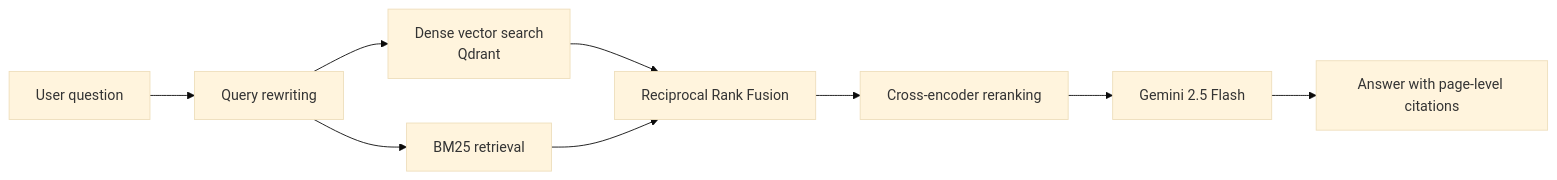
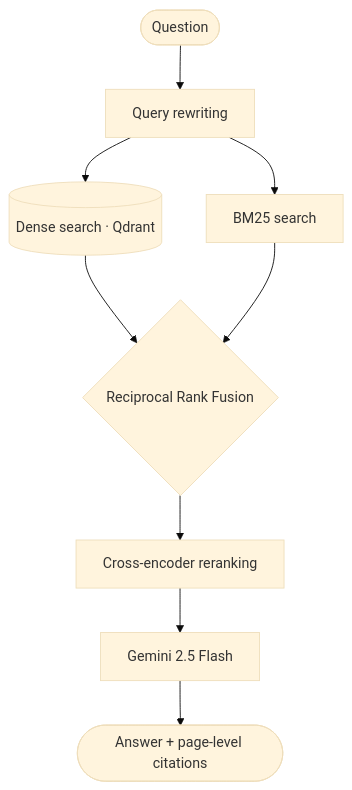
One commit to Piyush21-03/Piyush21-03 changed the diagram in README.md. Above: the diagram before and after it, drawn with Mermaid (base theme). The commit also changed other lines of this file, not shown here.

````diff
--- a/README.md
+++ b/README.md
@@ -72,11 +73,11 @@
 ```mermaid
-flowchart LR
-    U["User question"] --> Q["Query rewriting"]
-    Q --> D["Dense vector search<br/>Qdrant"]
-    Q --> B["BM25 retrieval"]
-    D --> R["Reciprocal Rank Fusion"]
-    B --> R
-    R --> X["Cross-encoder reranking"]
-    X --> G["Gemini 2.5 Flash"]
-    G --> A["Answer with page-level citations"]
+flowchart TD
+    Q([Question]) --> RW[Query rewriting]
+    RW --> DV[(Dense search · Qdrant)]
+    RW --> BM[BM25 search]
+    DV --> RRF{Reciprocal Rank Fusion}
+    BM --> RRF
+    RRF --> CE[Cross-encoder reranking]
+    CE --> LLM[Gemini 2.5 Flash]
+    LLM --> ANS([Answer + page-level citations])
 ```
````
